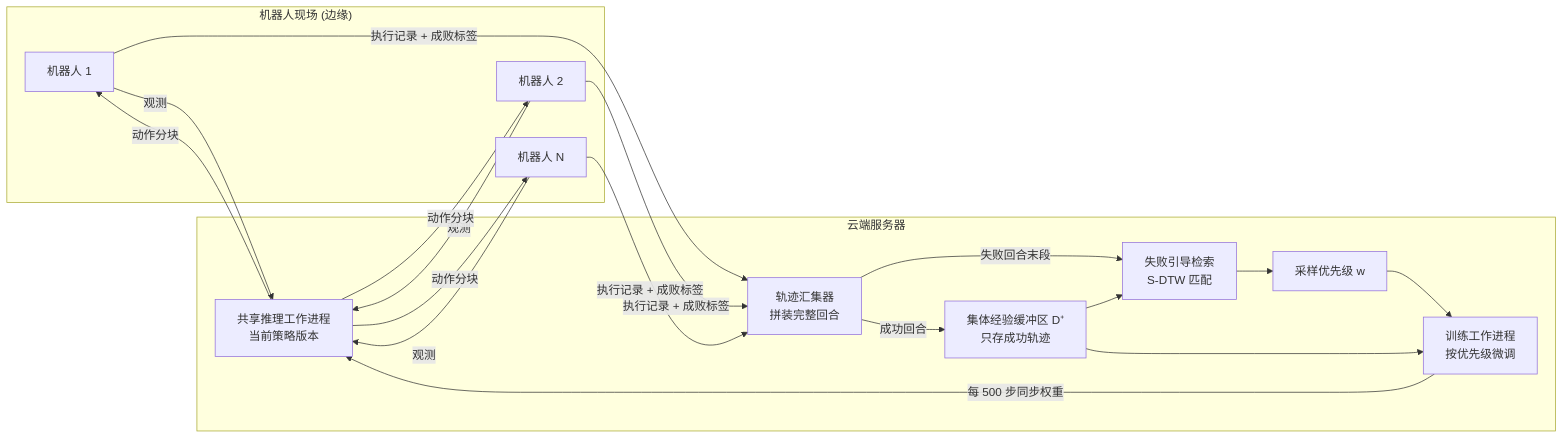
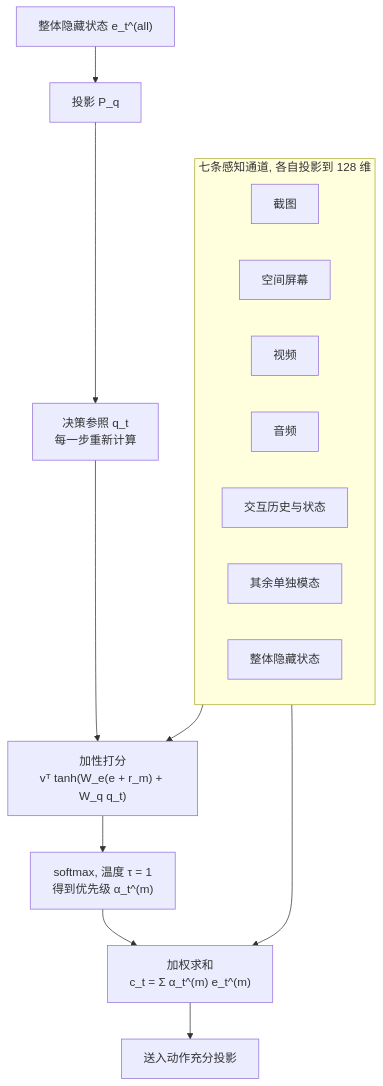
The fourth of 7 diagrams in docs/index.md (yingwang/paper-reads), drawn with Mermaid before and after one commit. The commit also changed other lines of this file and 2 other files, not shown here.

````diff
--- a/docs/index.md
+++ b/docs/index.md
@@ -119,26 +248,20 @@
 ```mermaid
-flowchart LR
-    subgraph 边缘["机器人现场 (边缘)"]
-        R1["机器人 1"]
-        R2["机器人 2"]
-        RN["机器人 N"]
+flowchart TD
+    EA["整体隐藏状态 e_t^(all)"] --> PQ["投影 P_q"]
+    PQ --> Q["决策参照 q_t<br/>每一步重新计算"]
+    subgraph CH["七条感知通道, 各自投影到 128 维"]
+        C1["截图"]
+        C2["空间屏幕"]
+        C3["视频"]
+        C4["音频"]
+        C5["交互历史与状态"]
+        C6["其余单独模态"]
+        C7["整体隐藏状态"]
     end
-    subgraph 云端["云端服务器"]
-        INF["共享推理工作进程<br/>当前策略版本"]
-        COL["轨迹汇集器<br/>拼装完整回合"]
-        BUF["集体经验缓冲区 D⁺<br/>只存成功轨迹"]
-        RET["失败引导检索<br/>S-DTW 匹配"]
-        PRI["采样优先级 w"]
-        TRN["训练工作进程<br/>按优先级微调"]
-    end
-    R1 & R2 & RN -->|观测| INF
-    INF -->|动作分块| R1 & R2 & RN
-    R1 & R2 & RN -->|执行记录 + 成败标签| COL
-    COL -->|成功回合| BUF
-    COL -->|失败回合末段| RET
-    BUF --> RET
-    RET --> PRI
-    PRI --> TRN
-    BUF --> TRN
-    TRN -->|每 500 步同步权重| INF
+    CH --> SC["加性打分<br/>vᵀ tanh(W_e(e + r_m) + W_q q_t)"]
+    Q --> SC
+    SC --> SM["softmax, 温度 τ = 1<br/>得到优先级 α_t^(m)"]
+    SM --> W["加权求和<br/>c_t = Σ α_t^(m) e_t^(m)"]
+    CH --> W
+    W --> OUT["送入动作充分投影"]
 ```
````
